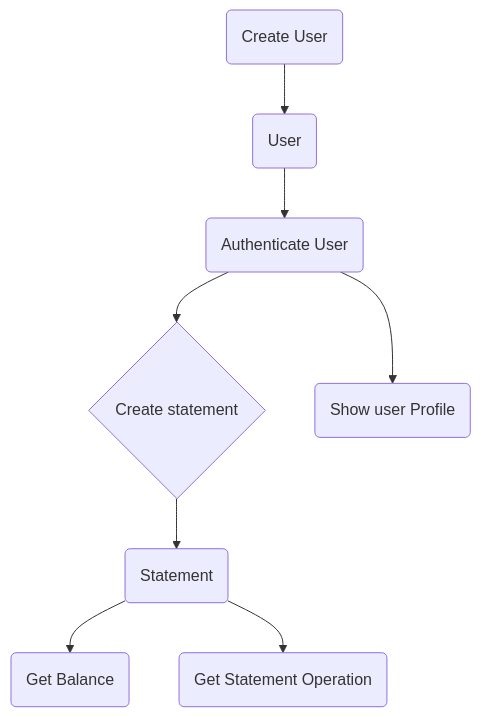
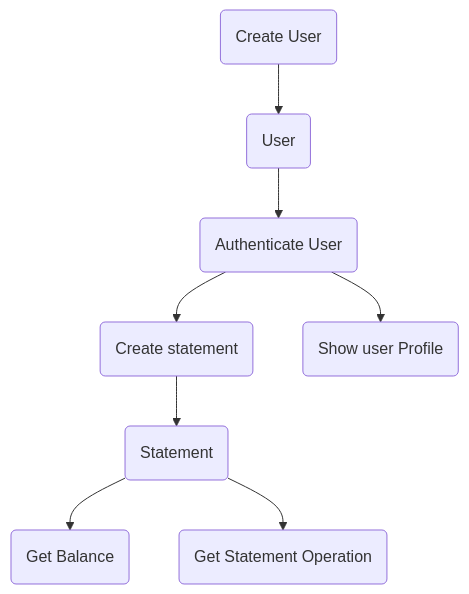
The diagram in README.md (italomagno/testChallenge-Ignite), drawn with Mermaid before and after one commit.

````diff
--- a/README.md
+++ b/README.md
@@ -20,10 +20,10 @@
    ```mermaid
    graph TD;
     A(Create User)-->B(User);
     B(User)-->D(Authenticate User);
     D(Authenticate User)-->E(Create statement);
     D(Authenticate User)-->C(Show user Profile);
-    E{Create statement}-->F(Statement);
+    E(Create statement)-->F(Statement);
     F(Statement)-->G(Get Balance);
     F(Statement)-->H(Get Statement Operation);
   ```
````
